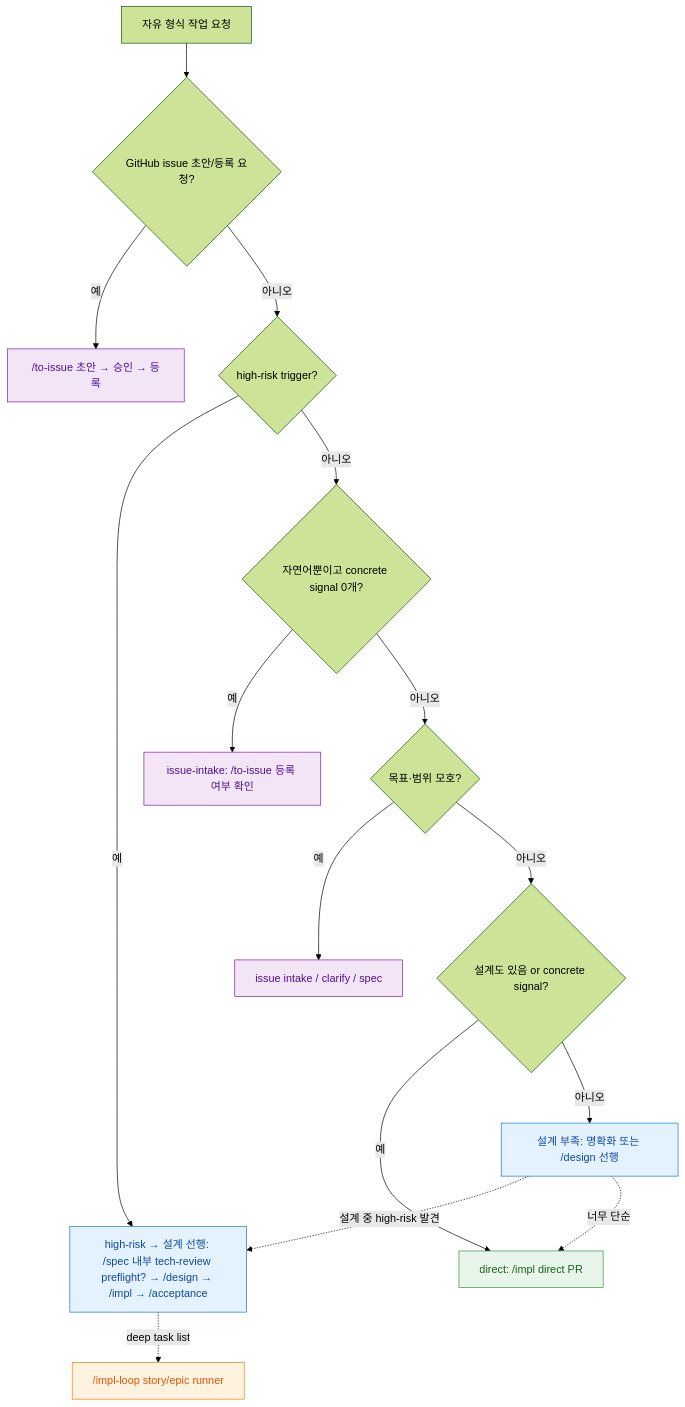
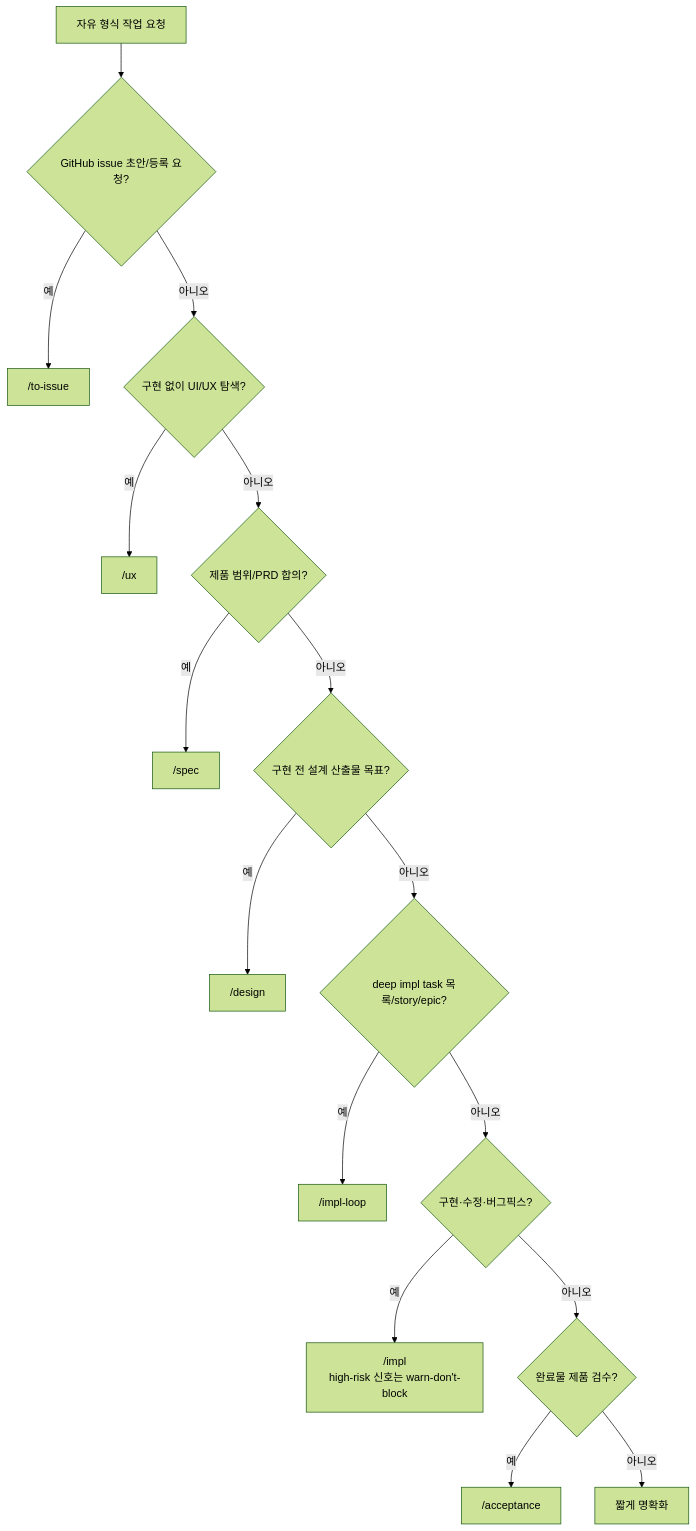
Before and after one commit to Daeguk-Sun/dcNess: the diagram in docs/plugin/workflow-router.md, drawn with Mermaid (forest theme). The commit also changed other lines of this file and 24 other files, not shown here.

First line of the commit message:
[issue-1032] impl 진입점 간소화

````diff
--- a/docs/plugin/workflow-router.md
+++ b/docs/plugin/workflow-router.md
@@ -46,29 +44,18 @@
 ```mermaid
 flowchart TB
   REQ["자유 형식 작업 요청"] --> MAKE{"GitHub issue 초안/등록 요청?"}
-  MAKE -->|예| TI["/to-issue 초안 → 승인 → 등록"]
-  MAKE -->|아니오| HR{"high-risk trigger?"}
-  HR -->|예| DP["high-risk → 설계 선행: /spec 내부 tech-review preflight? → /design → /impl → /acceptance"]
-  HR -->|아니오| NL{"자연어뿐이고 concrete signal 0개?"}
-  NL -->|예| II["issue-intake: /to-issue 등록 여부 확인"]
-  NL -->|아니오| AM{"목표·범위 모호?"}
-  AM -->|예| CL["issue intake / clarify / spec"]
-  AM -->|아니오| CS{"설계도 있음 or concrete signal?"}
-  CS -->|예| LT["direct: /impl direct PR"]
-  CS -->|아니오| ST["설계 부족: 명확화 또는 /design 선행"]
-  ST -.->|설계 중 high-risk 발견| DP
-  ST -.->|너무 단순| LT
-  DP -.->|deep task list| SHAPE["/impl-loop story/epic runner"]
-
-  classDef gate fill:#e3f2fd,stroke:#1976d2,color:#0d47a1
-  classDef shape fill:#fff3e0,stroke:#f57c00,color:#e65100
-  classDef clar fill:#f3e5f5,stroke:#7b1fa2,color:#4a148c
-  classDef direct fill:#e8f5e9,stroke:#388e3c,color:#1b5e20
-  class DP gate
-  class SHAPE shape
-  class CL clar
-  class II clar
-  class TI clar
-  class LT direct
-  class ST gate
+  MAKE -->|예| TI["/to-issue"]
+  MAKE -->|아니오| UX{"구현 없이 UI/UX 탐색?"}
+  UX -->|예| U["/ux"]
+  UX -->|아니오| SPEC{"제품 범위/PRD 합의?"}
+  SPEC -->|예| S["/spec"]
+  SPEC -->|아니오| DESIGN{"구현 전 설계 산출물 목표?"}
+  DESIGN -->|예| D["/design"]
+  DESIGN -->|아니오| LOOP{"deep impl task 목록/story/epic?"}
+  LOOP -->|예| IL["/impl-loop"]
+  LOOP -->|아니오| IMPL{"구현·수정·버그픽스?"}
+  IMPL -->|예| I["/impl<br/>high-risk 신호는 warn-don't-block"]
+  IMPL -->|아니오| ACC{"완료물 제품 검수?"}
+  ACC -->|예| A["/acceptance"]
+  ACC -->|아니오| CL["짧게 명확화"]
 ```
````
